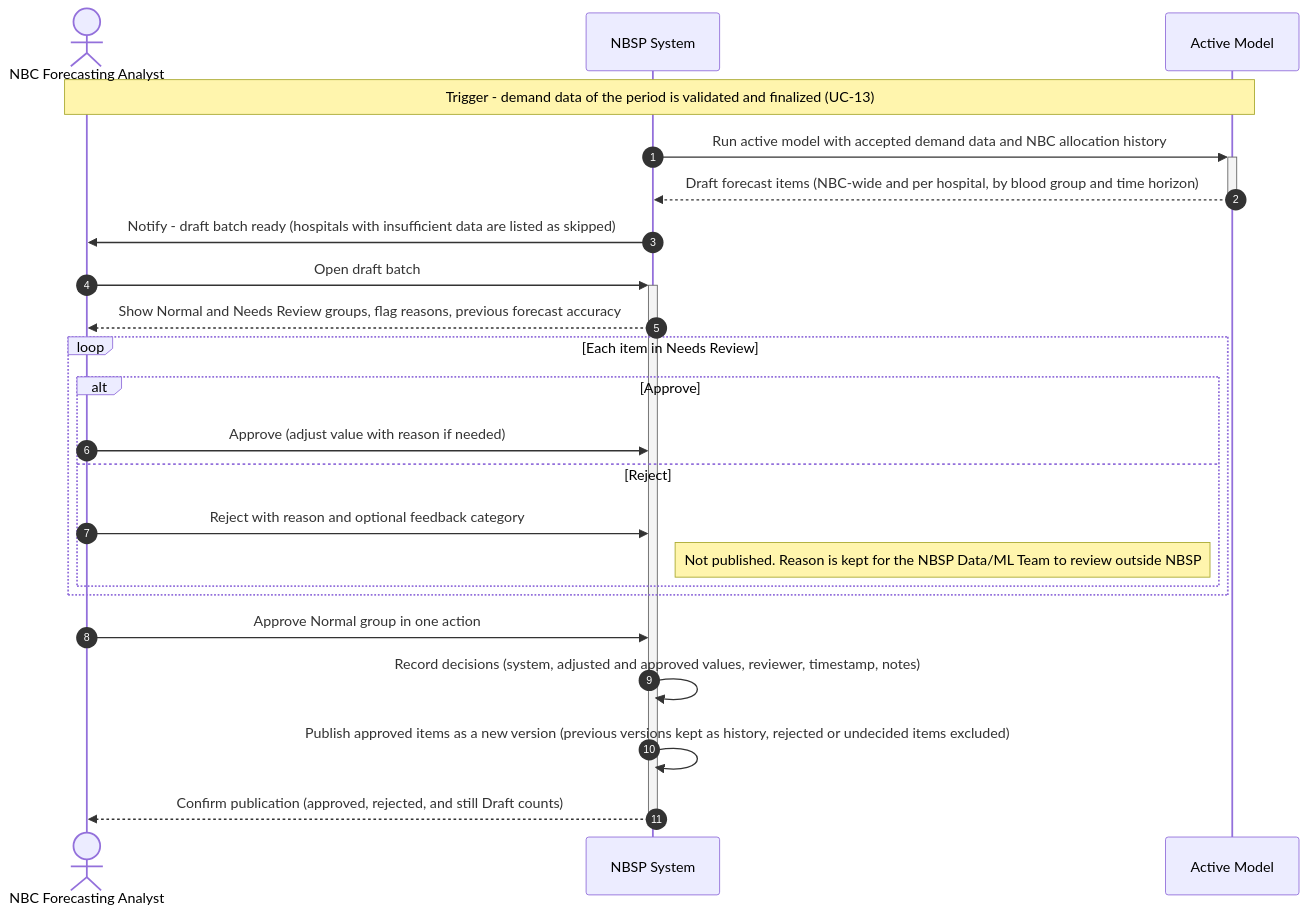
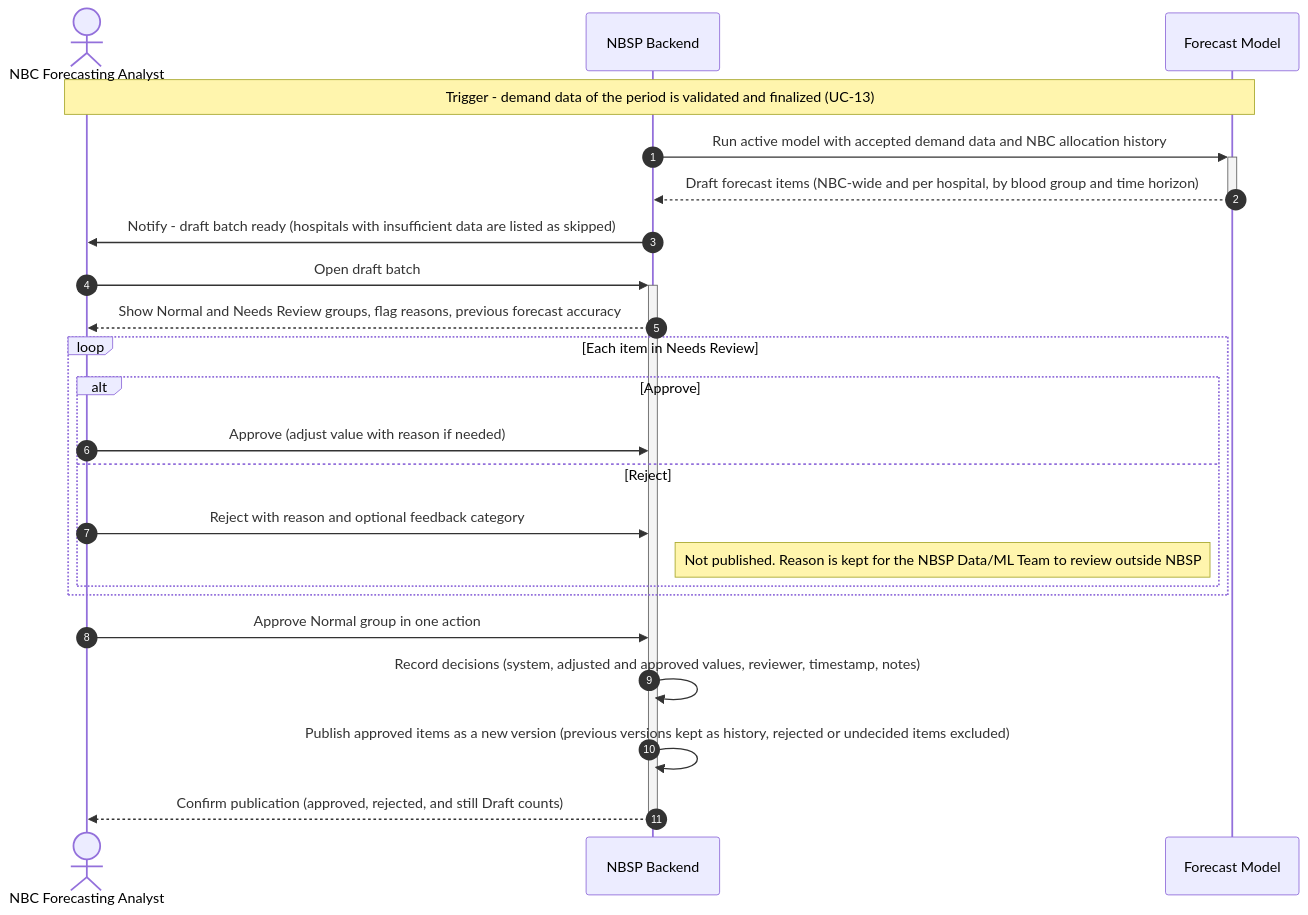
Before and after one commit to Nhan2772/DBIZ2-GROUPC-NationalBloodSupplyPlatform: the diagram in use-case/SD-UC-15.md, drawn with Mermaid.

````diff
--- a/use-case/SD-UC-15.md
+++ b/use-case/SD-UC-15.md
@@ -9,30 +9,30 @@
 ```mermaid
 sequenceDiagram
     autonumber
     actor FA as NBC Forecasting Analyst
-    participant NBSP as NBSP System
-    participant AM as Active Model
+    participant NBSP as NBSP Backend
+    participant AM as Forecast Model
 
     Note over FA,AM: Trigger - demand data of the period is validated and finalized (UC-13)
 
     NBSP->>+AM: Run active model with accepted demand data and NBC allocation history
     AM-->>-NBSP: Draft forecast items (NBC-wide and per hospital, by blood group and time horizon)
     NBSP->>FA: Notify - draft batch ready (hospitals with insufficient data are listed as skipped)
 
     FA->>+NBSP: Open draft batch
     NBSP-->>FA: Show Normal and Needs Review groups, flag reasons, previous forecast accuracy
 
     loop Each item in Needs Review
         alt Approve
             FA->>NBSP: Approve (adjust value with reason if needed)
         else Reject
             FA->>NBSP: Reject with reason and optional feedback category
             Note right of NBSP: Not published. Reason is kept for the NBSP Data/ML Team to review outside NBSP
         end
     end
 
     FA->>NBSP: Approve Normal group in one action
     NBSP->>NBSP: Record decisions (system, adjusted and approved values, reviewer, timestamp, notes)
     NBSP->>NBSP: Publish approved items as a new version (previous versions kept as history, rejected or undecided items excluded)
     NBSP-->>-FA: Confirm publication (approved, rejected, and still Draft counts)
 ```
````
